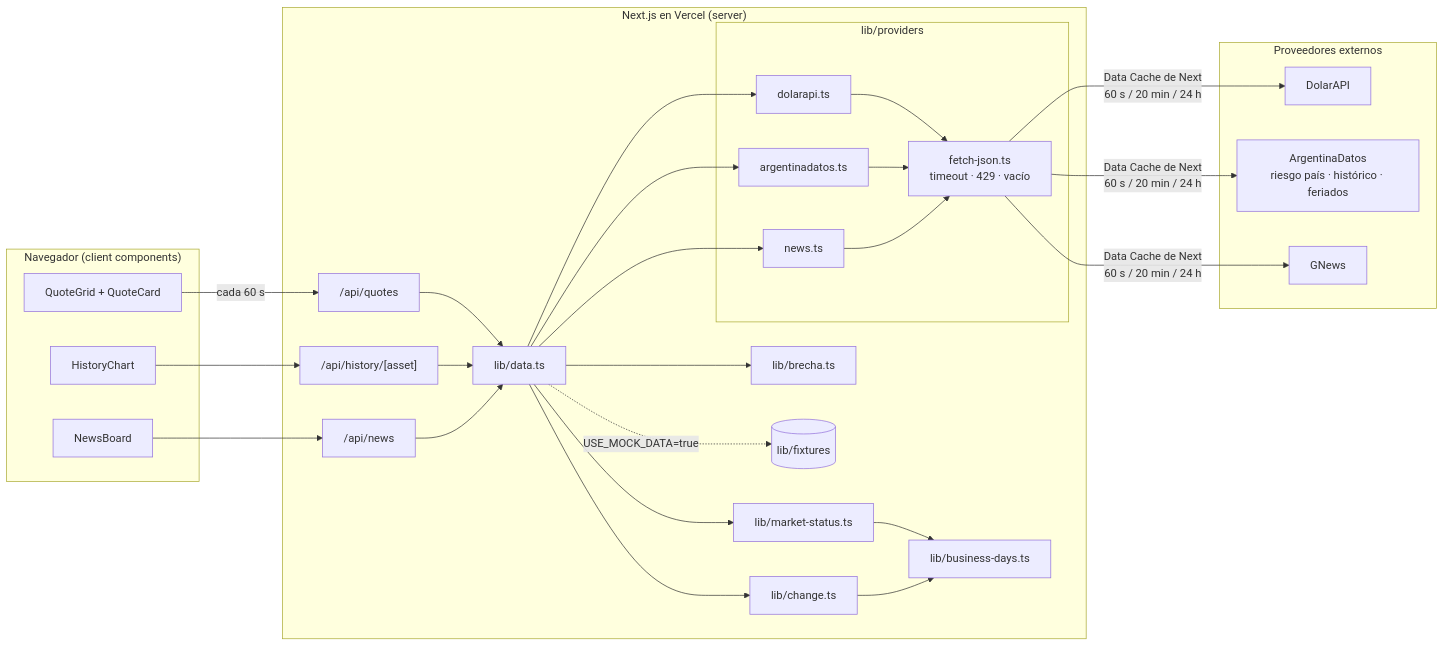
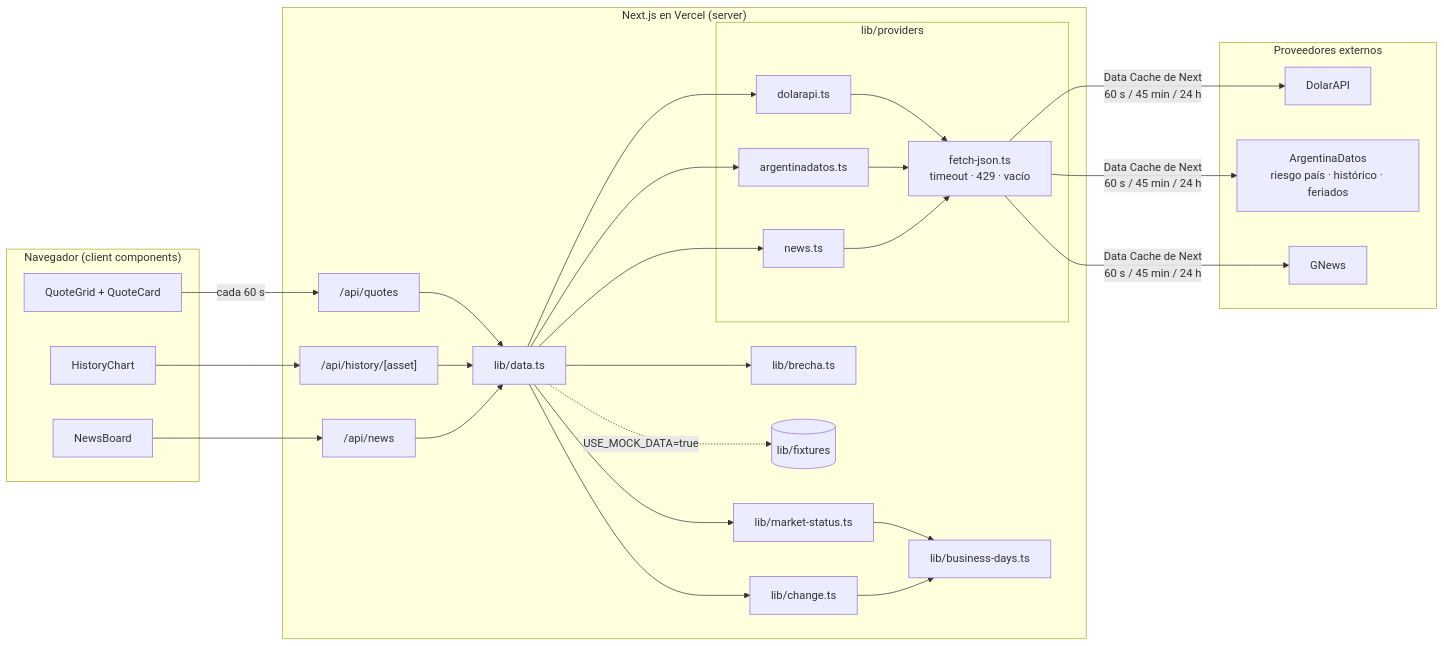
The diagram in docs/arquitectura.md (matire4/tablero-mercado), drawn with Mermaid before and after one commit. The commit also changed other lines of this file and 16 other files, not shown here.

````diff
--- a/docs/arquitectura.md
+++ b/docs/arquitectura.md
@@ -9,43 +9,43 @@
 ```mermaid
 flowchart LR
   subgraph Cliente["Navegador (client components)"]
     QG[QuoteGrid + QuoteCard]
     HC[HistoryChart]
     NB[NewsBoard]
   end
 
   subgraph Server["Next.js en Vercel (server)"]
     RQ["/api/quotes"]
     RH["/api/history/[asset]"]
     RN["/api/news"]
     D[lib/data.ts]
     BD[lib/business-days.ts]
     MS[lib/market-status.ts]
     CH[lib/change.ts]
     BR[lib/brecha.ts]
     FX[(lib/fixtures)]
     subgraph P[lib/providers]
       FJ[fetch-json.ts<br/>timeout · 429 · vacío]
       DA[dolarapi.ts]
       AD[argentinadatos.ts]
       NW[news.ts]
     end
   end
 
   subgraph Ext["Proveedores externos"]
     E1[DolarAPI]
     E2[ArgentinaDatos<br/>riesgo país · histórico · feriados]
     E3[GNews]
   end
 
   QG -->|"cada 60 s"| RQ
   HC --> RH
   NB --> RN
   RQ & RH & RN --> D
   D --> MS & CH & BR
   MS & CH --> BD
   D -.->|USE_MOCK_DATA=true| FX
   D --> DA & AD & NW
   DA & AD & NW --> FJ
-  FJ -->|"Data Cache de Next<br/>60 s / 20 min / 24 h"| E1 & E2 & E3
+  FJ -->|"Data Cache de Next<br/>60 s / 45 min / 24 h"| E1 & E2 & E3
 ```
````
